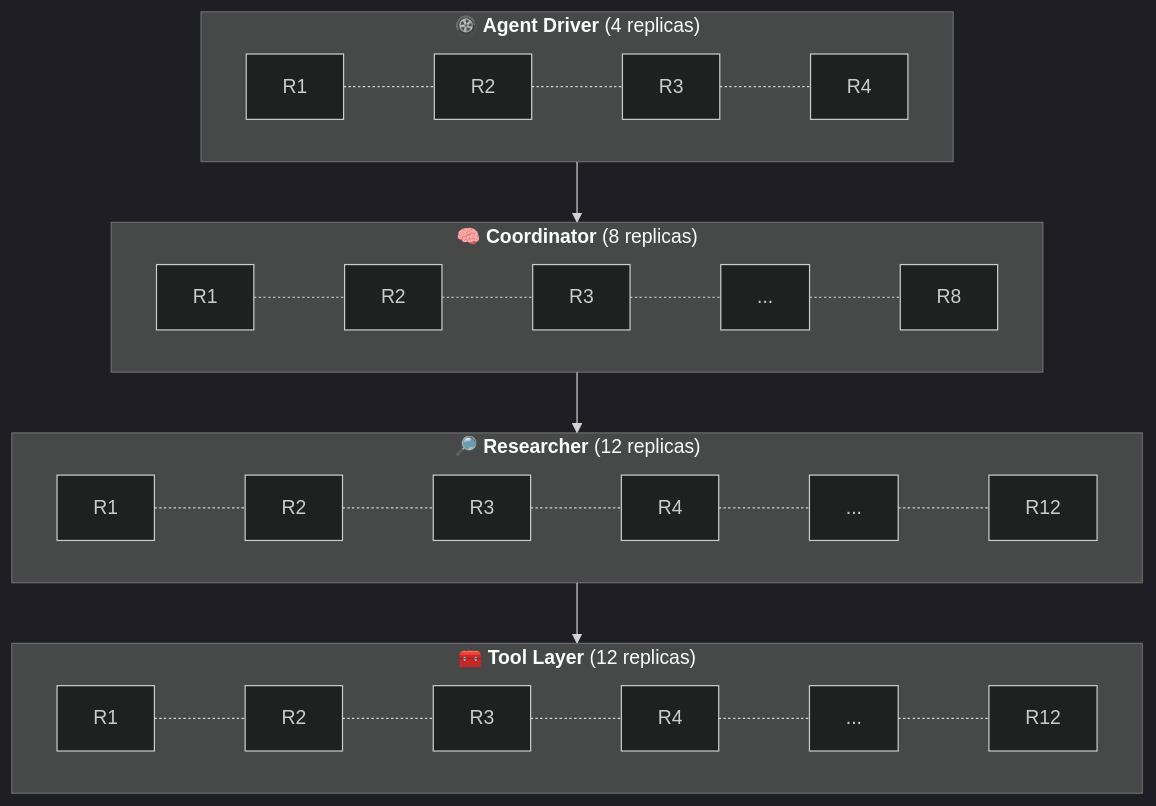
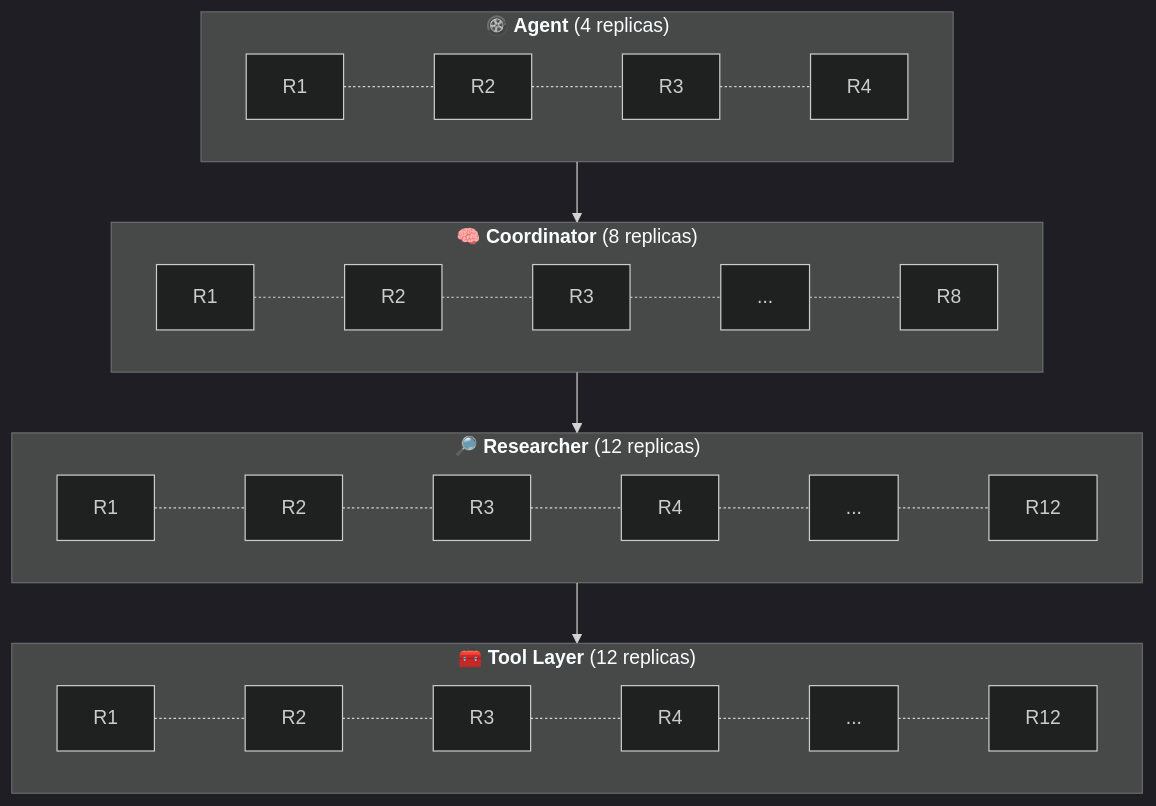
The seventh of 7 diagrams in slides/mlops-south-bay-2026/slides.md (unionai-oss/conference-talks), drawn with Mermaid (dark theme) before and after one commit. The commit also changed other lines of this file and 5 other files, not shown here.

````diff
--- a/slides/mlops-south-bay-2026/slides.md
+++ b/slides/mlops-south-bay-2026/slides.md
@@ -886,41 +954,41 @@
 ```mermaid {scale: 0.55}
 flowchart TD
-  subgraph D["<strong>🛞 Agent Driver</strong> (4 replicas)"]
+  subgraph D["<strong>🛞 Agent</strong> (4 replicas)"]
     direction LR
     D1["R1"]
     D2["R2"]
     D3["R3"]
     D4["R4"]
     D1 -.- D2 -.- D3 -.- D4
   end
   subgraph C["<strong>🧠 Coordinator</strong> (8 replicas)"]
     direction LR
     C1["R1"]
     C2["R2"]
     C3["R3"]
     C4["..."]
     C8["R8"]
     C1 -.- C2 -.- C3 -.- C4 -.- C8
   end
   subgraph R["<strong>🔎 Researcher</strong> (12 replicas)"]
     direction LR
     R1["R1"]
     R2["R2"]
     R3["R3"]
     R4["R4"]
     R5["..."]
     R12["R12"]
     R1 -.- R2 -.- R3 -.- R4 -.- R5 -.- R12
   end
   subgraph T["<strong>🧰 Tool Layer</strong> (12 replicas)"]
     direction LR
     T1["R1"]
     T2["R2"]
     T3["R3"]
     T4["R4"]
     T5["..."]
     T12["R12"]
     T1 -.- T2 -.- T3 -.- T4 -.- T5 -.- T12
   end
   D --> C --> R --> T
 ```
````
